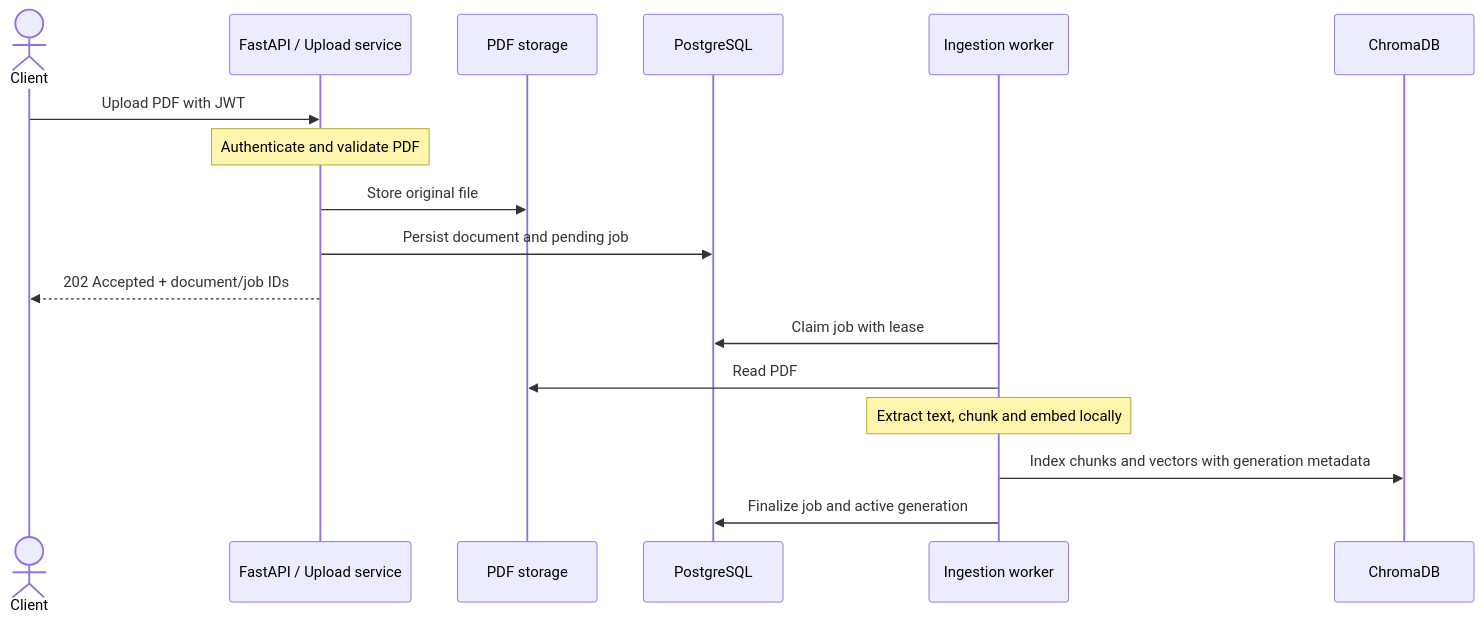
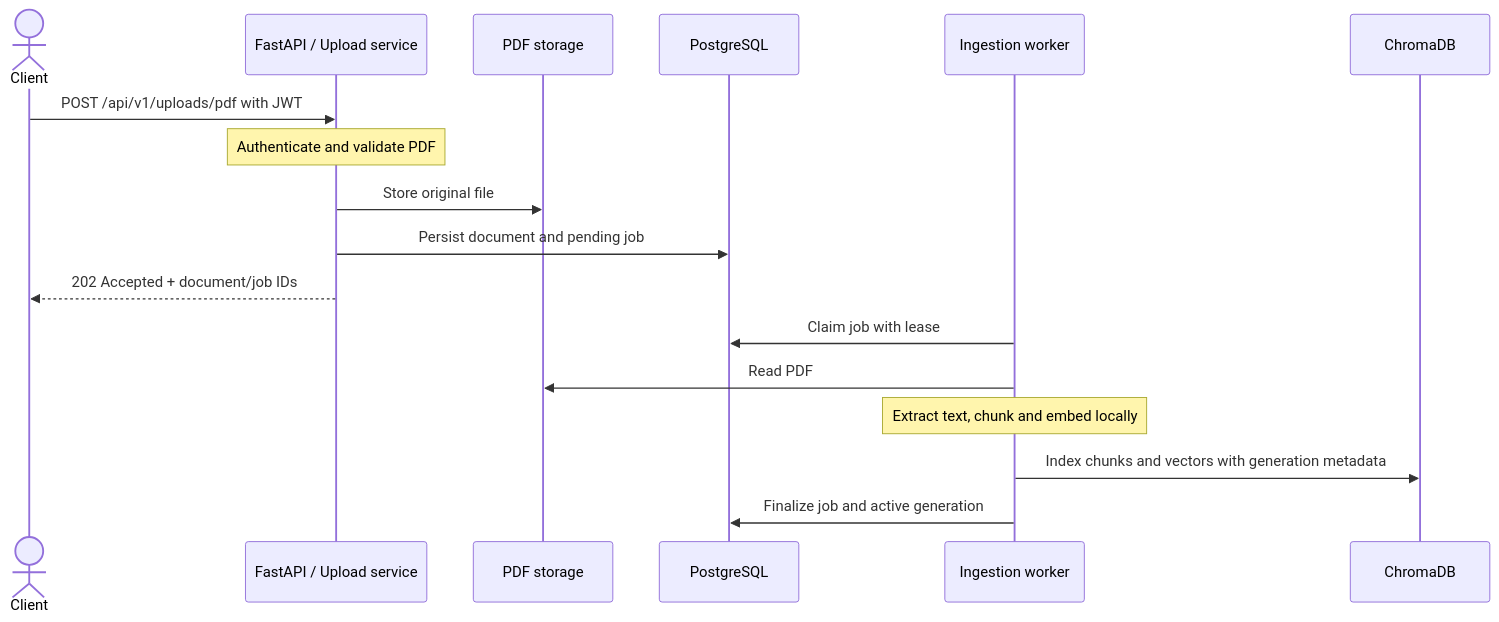
One commit to mehmood22/ragforge changed the first of 5 diagrams in docs/ARCHITECTURE.md. Above: the diagram before and after it, drawn with Mermaid. The commit also changed other lines of this file and 2 other files, not shown here.

Commit message:
docs: standardize versioned API endpoints and health checks

````diff
--- a/docs/ARCHITECTURE.md
+++ b/docs/ARCHITECTURE.md
@@ -7,19 +7,19 @@
 ```mermaid
 sequenceDiagram
     actor U as Client
     participant A as FastAPI / Upload service
     participant S as PDF storage
     participant P as PostgreSQL
     participant W as Ingestion worker
     participant V as ChromaDB
-    U->>A: Upload PDF with JWT
+    U->>A: POST /api/v1/uploads/pdf with JWT
     Note over A: Authenticate and validate PDF
     A->>S: Store original file
     A->>P: Persist document and pending job
     A-->>U: 202 Accepted + document/job IDs
     W->>P: Claim job with lease
     W->>S: Read PDF
     Note over W: Extract text, chunk and embed locally
     W->>V: Index chunks and vectors with generation metadata
     W->>P: Finalize job and active generation
 ```
````
